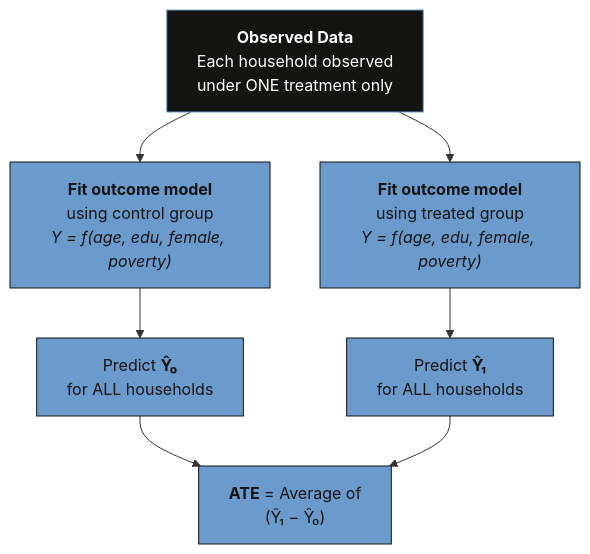
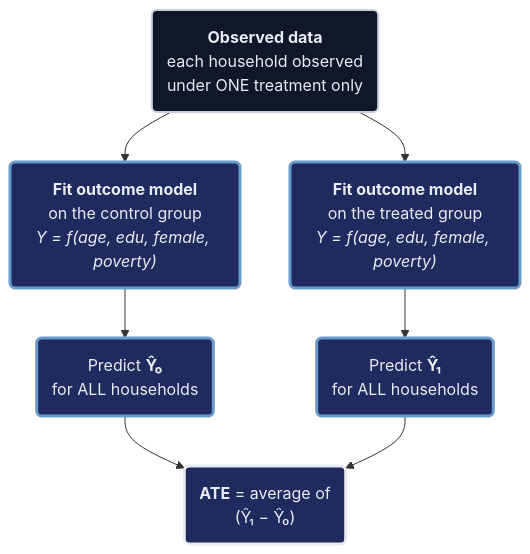
Before and after one commit to cmg777/starter-academic-v501: the third of 8 diagrams in content/post/stata_rct/index.md, drawn with Mermaid. The commit also changed other lines of this file and 2 other files, not shown here.

First line of the commit message:
content(mermaid): restyle flowcharts in stata_rct, python_dowhy, r_estimateW (pilot)

````diff
--- a/content/post/stata_rct/index.md
+++ b/content/post/stata_rct/index.md
@@ -610,23 +612,22 @@
 ```mermaid
 graph TD
-    DATA["<b>Observed Data</b><br/>Each household observed<br/>under ONE treatment only"]
-    M0["<b>Fit outcome model</b><br/>using control group<br/><i>Y = f(age, edu, female, poverty)</i>"]
-    M1["<b>Fit outcome model</b><br/>using treated group<br/><i>Y = f(age, edu, female, poverty)</i>"]
-    P0["Predict <b>Ŷ₀</b><br/>for ALL households"]
-    P1["Predict <b>Ŷ₁</b><br/>for ALL households"]
-    ATE["<b>ATE</b> = Average of<br/>(Ŷ₁ − Ŷ₀)"]
+    DATA("<b>Observed data</b><br/>each household observed<br/>under ONE treatment only")
+    M0("<b>Fit outcome model</b><br/>on the control group<br/><i>Y = f(age, edu, female, poverty)</i>")
+    M1("<b>Fit outcome model</b><br/>on the treated group<br/><i>Y = f(age, edu, female, poverty)</i>")
+    P0("Predict <b>Ŷ₀</b><br/>for ALL households")
+    P1("Predict <b>Ŷ₁</b><br/>for ALL households")
+    ATE("<b>ATE</b> = average of<br/>(Ŷ₁ − Ŷ₀)")
 
     DATA --> M0
     DATA --> M1
     M0 --> P0
     M1 --> P1
     P0 --> ATE
     P1 --> ATE
-
-    style DATA fill:#141413,stroke:#6a9bcc,color:#fff
-    style M0 fill:#6a9bcc,stroke:#141413,color:#141413
-    style M1 fill:#6a9bcc,stroke:#141413,color:#141413
-    style P0 fill:#6a9bcc,stroke:#141413,color:#141413
-    style P1 fill:#6a9bcc,stroke:#141413,color:#141413
-    style ATE fill:#6a9bcc,stroke:#141413,color:#141413
+    classDef anchor fill:#0f1729,stroke:#c8d0e0,stroke-width:2px,color:#e8ecf2
+    classDef blue fill:#1f2b5e,stroke:#6a9bcc,stroke-width:3px,color:#e8ecf2
+    classDef key fill:#1f2b5e,stroke:#e8ecf2,stroke-width:3px,color:#e8ecf2
+    class DATA anchor
+    class M0,M1,P0,P1 blue
+    class ATE key
 ```
````
